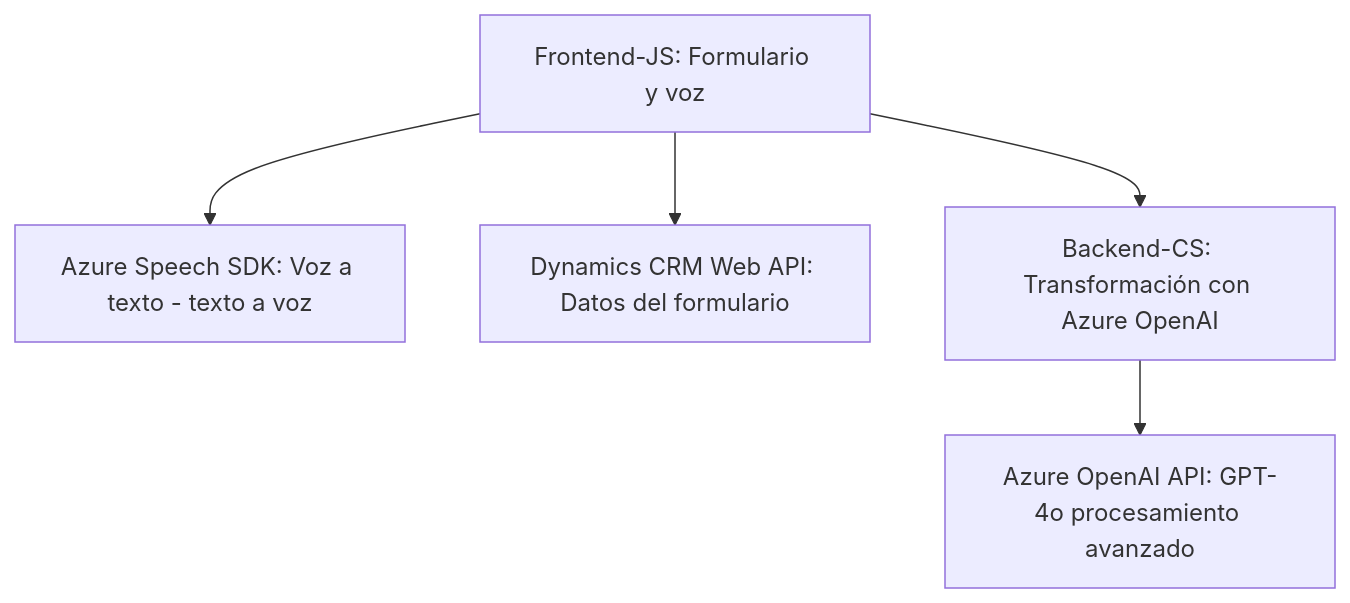
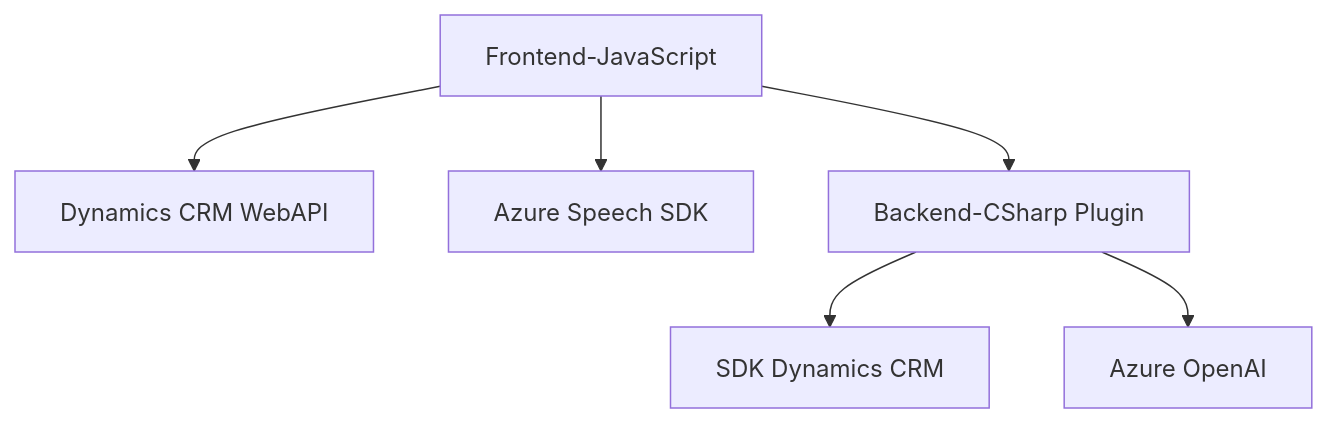
Before and after one commit to blopezdm/NETCORE_BILBAO2025: the diagram in README.md, drawn with Mermaid. The commit also changed other lines of this file, not shown here.

Commit message:
Actualizar análisis global de la solución con IA

````diff
--- a/README.md
+++ b/README.md
@@ -37,13 +44,15 @@
 ```mermaid
 graph TD
-    A["Frontend-JS: Formulario y voz"]
-    B["Azure Speech SDK: Voz a texto - texto a voz"]
-    C["Dynamics CRM Web API: Datos del formulario"]
-    D["Backend-CS: Transformación con Azure OpenAI"]
-    E["Azure OpenAI API: GPT-4o procesamiento avanzado"]
+    A["Frontend-JavaScript"]
+    B["Dynamics CRM WebAPI"]
+    C["SDK Dynamics CRM"]
+    D["Azure Speech SDK"]
+    E["Azure OpenAI"]
+    F["Backend-CSharp Plugin"]
 
     A --> B
-    A --> C
     A --> D
-    D --> E
+    A --> F
+    F --> C
+    F --> E
 ```
````
